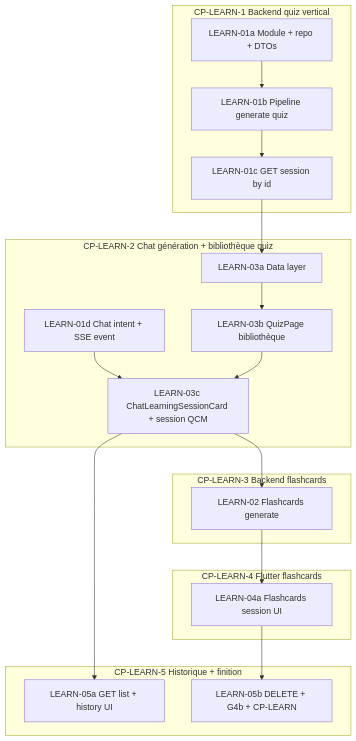
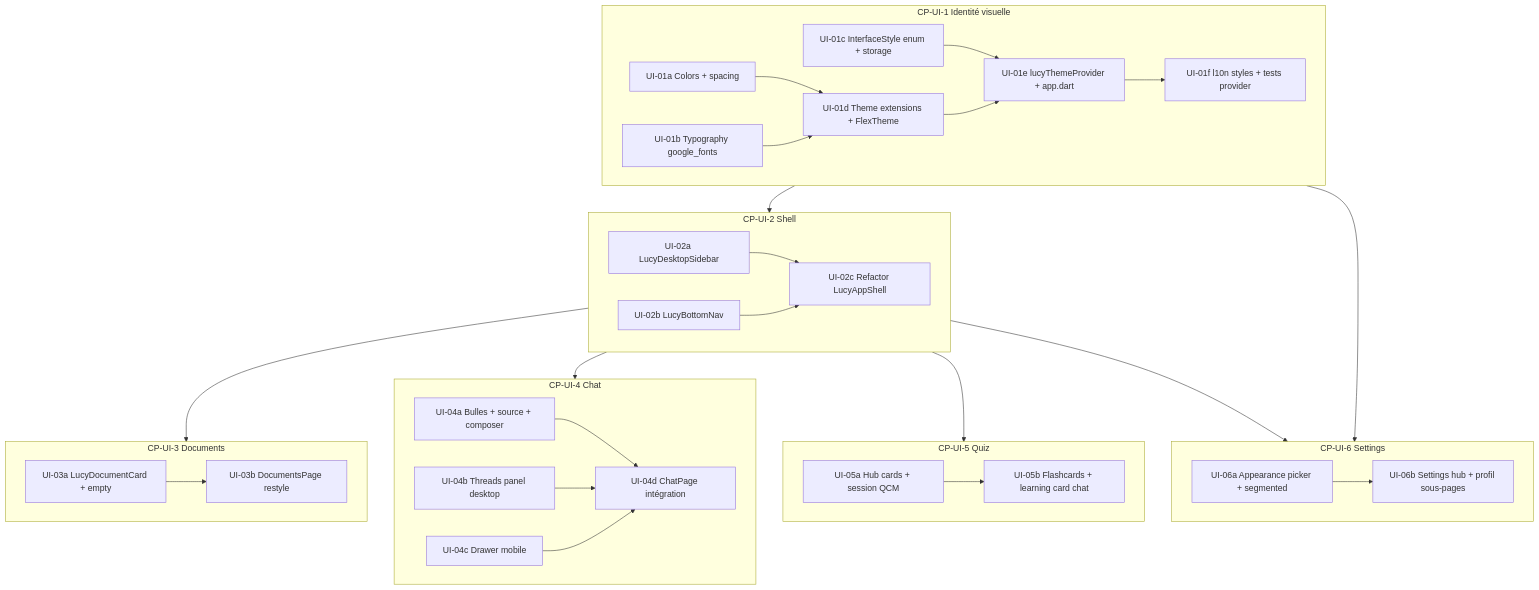
One commit to herman2003/lucy_frontend changed the diagram in tasks/plan.md. Above: the diagram before and after it, drawn with Mermaid. The commit also changed other lines of this file and 42 other files, not shown here.

First line of the commit message:
feat(ui): add design tokens, theme system, and V3/V4 app shell

````diff
--- a/tasks/plan.md
+++ b/tasks/plan.md
@@ -40,37 +79,58 @@
 ```mermaid
 flowchart TB
-  subgraph cp1 [CP-LEARN-1 Backend quiz vertical]
-    L01[LEARN-01a Module + repo + DTOs]
-    L01b[LEARN-01b Pipeline generate quiz]
-    L01c[LEARN-01c GET session by id]
-    L01 --> L01b --> L01c
+  subgraph cp1 [CP-UI-1 Identité visuelle]
+    U01a[UI-01a Colors + spacing]
+    U01b[UI-01b Typography google_fonts]
+    U01c[UI-01c InterfaceStyle enum + storage]
+    U01d[UI-01d Theme extensions + FlexTheme]
+    U01e[UI-01e lucyThemeProvider + app.dart]
+    U01f[UI-01f l10n styles + tests provider]
+    U01a --> U01d
+    U01b --> U01d
+    U01c --> U01e
+    U01d --> U01e --> U01f
   end
 
-  subgraph cp2 [CP-LEARN-2 Chat génération + bibliothèque quiz]
-    L01d[LEARN-01d Chat intent + SSE event]
-    L03a[LEARN-03a Data layer]
-    L03b[LEARN-03b QuizPage bibliothèque]
-    L03c[LEARN-03c ChatLearningSessionCard + session QCM]
-    L01d --> L03c
-    L03a --> L03b --> L03c
+  subgraph cp2 [CP-UI-2 Shell]
+    U02a[UI-02a LucyDesktopSidebar]
+    U02b[UI-02b LucyBottomNav]
+    U02c[UI-02c Refactor LucyAppShell]
+    U02a --> U02c
+    U02b --> U02c
   end
 
-  subgraph cp3 [CP-LEARN-3 Backend flashcards]
-    L02[LEARN-02 Flashcards generate]
+  subgraph cp3 [CP-UI-3 Documents]
+    U03a[UI-03a LucyDocumentCard + empty]
+    U03b[UI-03b DocumentsPage restyle]
+    U03a --> U03b
   end
 
-  subgraph cp4 [CP-LEARN-4 Flutter flashcards]
-    L04a[LEARN-04a Flashcards session UI]
+  subgraph cp4 [CP-UI-4 Chat]
+    U04a[UI-04a Bulles + source + composer]
+    U04b[UI-04b Threads panel desktop]
+    U04c[UI-04c Drawer mobile]
+    U04d[UI-04d ChatPage intégration]
+    U04a --> U04d
+    U04b --> U04d
+    U04c --> U04d
   end
 
-  subgraph cp5 [CP-LEARN-5 Historique + finition]
-    L05a[LEARN-05a GET list + history UI]
-    L05b[LEARN-05b DELETE + G4b + CP-LEARN]
+  subgraph cp5 [CP-UI-5 Quiz]
+    U05a[UI-05a Hub cards + session QCM]
+    U05b[UI-05b Flashcards + learning card chat]
+    U05a --> U05b
   end
 
-  L01c --> L03a
-  L03c --> L02
-  L02 --> L04a
-  L03c --> L05a
-  L04a --> L05b
+  subgraph cp6 [CP-UI-6 Settings]
+    U06a[UI-06a Appearance picker + segmented]
+    U06b[UI-06b Settings hub + profil sous-pages]
+    U06a --> U06b
+  end
+
+  cp1 --> cp2
+  cp2 --> cp3
+  cp2 --> cp4
+  cp2 --> cp5
+  cp1 --> cp6
+  cp2 --> cp6
 ```
````
